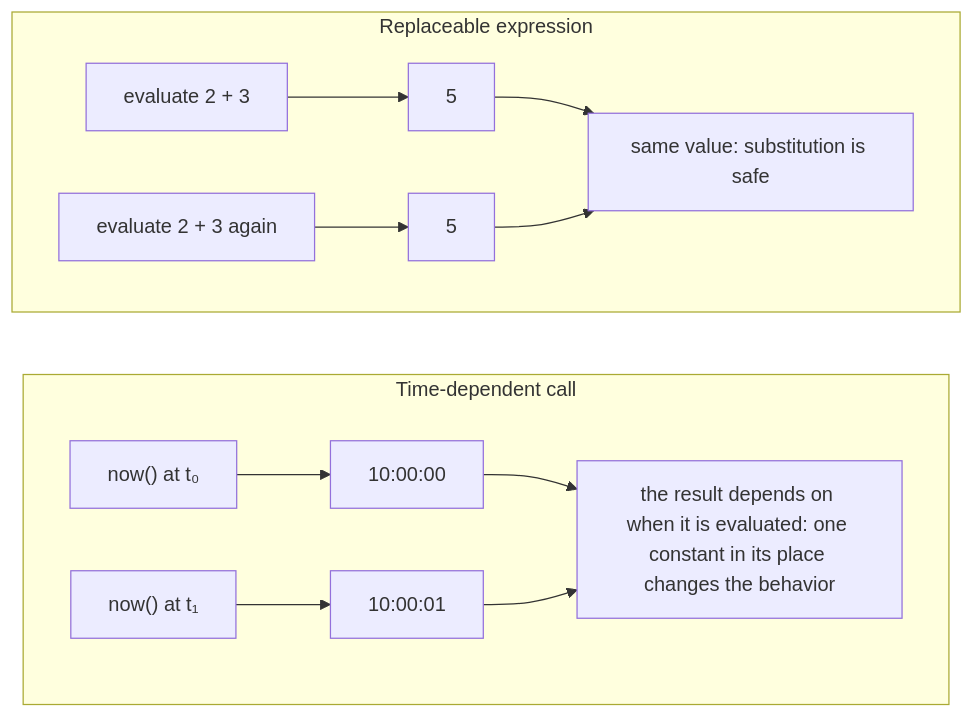
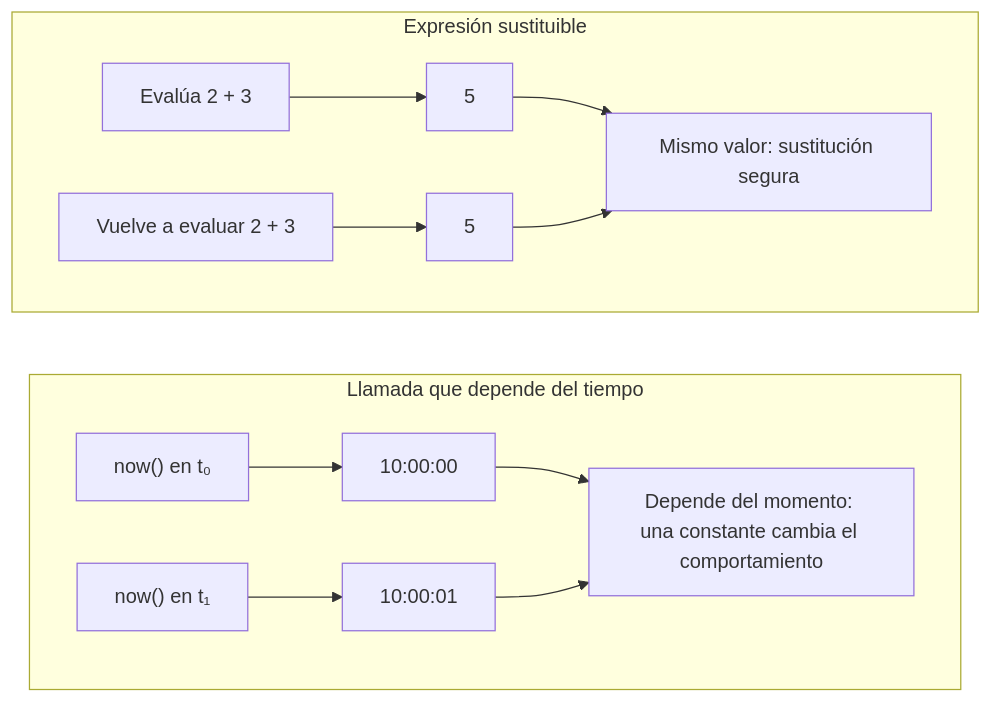
Before and after one commit to dullroar/aprende-a-programar-como-un-bicho-raro: the diagram in lessons/cs-source/concepts/referential-transparency.md, drawn with Mermaid. The commit also changed other lines of this file and 42 other files, not shown here.

````diff
--- a/lessons/cs-source/concepts/referential-transparency.md
+++ b/lessons/cs-source/concepts/referential-transparency.md
@@ -8,19 +8,19 @@
 ```mermaid
 flowchart LR
-    accTitle: Pure expressions can be replaced by their values; a clock read cannot
-    accDescr: Two parallel groups of calls. On the left, evaluating 2 plus 3 gives 5, and evaluating it again gives 5, so the value is the same and substitution is safe. On the right, calling now at time t0 gives 10:00:00, and calling it at time t1 gives 10:00:01, so the result depends on when it is evaluated, and replacing the call with one constant changes the behavior. The clock times are illustrative.
-    subgraph CLOCK["Time-dependent call"]
+    accTitle: Puedes sustituir una expresión pura por su valor, pero no una lectura del reloj
+    accDescr: Dos grupos paralelos de llamadas. A la izquierda, evaluar 2 más 3 da 5 y volver a evaluar da 5. El valor es el mismo y la sustitución es segura. A la derecha, llamar a now en el instante t0 da 10:00:00 y llamarlo en el instante t1 da 10:00:01. El resultado depende del momento de evaluación. Sustituir la llamada por una constante cambia el comportamiento. Las horas del reloj son ilustrativas.
+    subgraph CLOCK["Llamada que depende del tiempo"]
         direction LR
-        B2["now() at t₁"] --> W2["10:00:01"]
-        B1["now() at t₀"] --> W1["10:00:00"]
-        W1 --> NO["the result depends on when it is evaluated: one constant in its place changes the behavior"]
+        B2["now() en t₁"] --> W2["10:00:01"]
+        B1["now() en t₀"] --> W1["10:00:00"]
+        W1 --> NO["Depende del momento: una constante cambia el comportamiento"]
         W2 --> NO
     end
-    subgraph STABLE["Replaceable expression"]
+    subgraph STABLE["Expresión sustituible"]
         direction LR
-        A2["evaluate 2 + 3 again"] --> V2["5"]
-        A1["evaluate 2 + 3"] --> V1["5"]
-        V1 --> OK["same value: substitution is safe"]
+        A2["Vuelve a evaluar 2 + 3"] --> V2["5"]
+        A1["Evalúa 2 + 3"] --> V1["5"]
+        V1 --> OK["Mismo valor: sustitución segura"]
         V2 --> OK
     end
 ```
````
